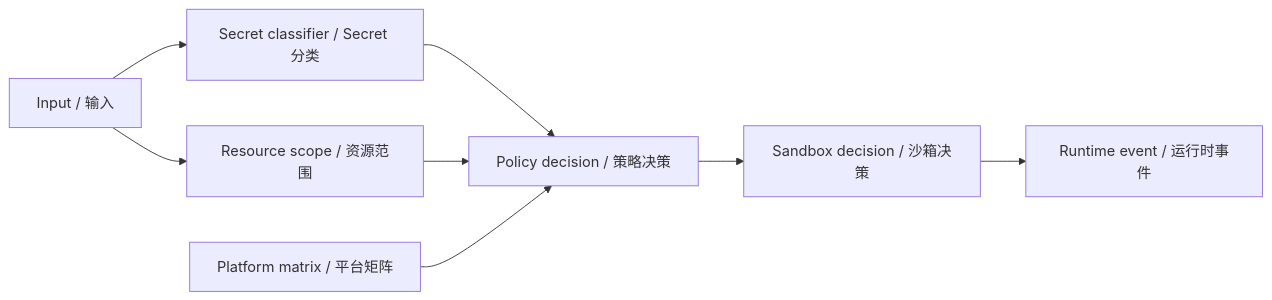
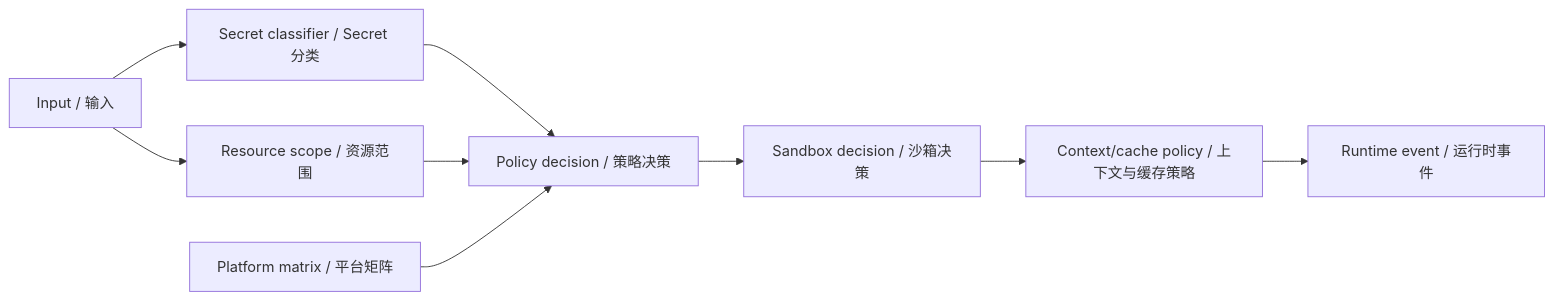
Before and after one commit to ankye/deepseek-cli: the diagram in docs/architecture/security-and-policy.md, drawn with Mermaid. The commit also changed other lines of this file and 297 other files, not shown here.

````diff
--- a/docs/architecture/security-and-policy.md
+++ b/docs/architecture/security-and-policy.md
@@ -9,14 +13,15 @@
 ```mermaid
 flowchart LR
   Input[Input / 输入]
   Classifier[Secret classifier / Secret 分类]
   Scope[Resource scope / 资源范围]
   Platform[Platform matrix / 平台矩阵]
   Policy[Policy decision / 策略决策]
   Sandbox[Sandbox decision / 沙箱决策]
+  Cache[Context/cache policy / 上下文与缓存策略]
   Runtime[Runtime event / 运行时事件]
 
   Input --> Classifier --> Policy
   Input --> Scope --> Policy
-  Platform --> Policy --> Sandbox --> Runtime
+  Platform --> Policy --> Sandbox --> Cache --> Runtime
 ```
````
